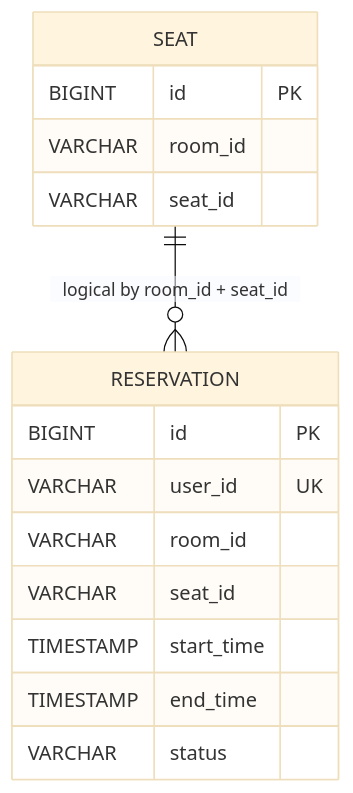
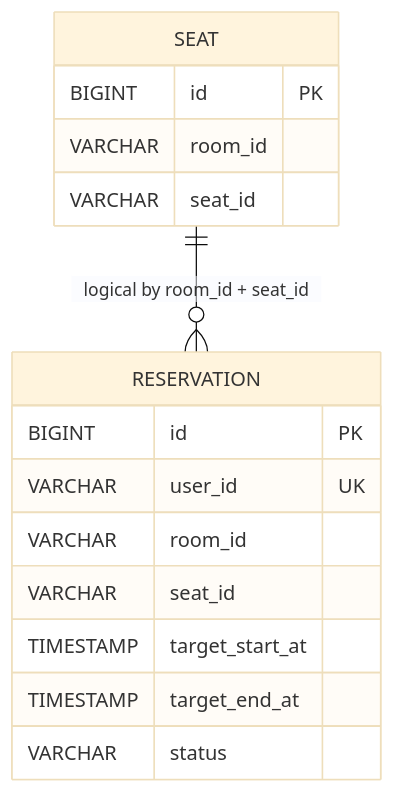
Before and after one commit to seat-liberator/SeatLiberator: the first of 3 diagrams in reservation/reservation-application/README.md, drawn with Mermaid (base theme). The commit also changed other lines of this file and 1 other file, not shown here.

````diff
--- a/reservation/reservation-application/README.md
+++ b/reservation/reservation-application/README.md
@@ -246,20 +276,20 @@
 ```mermaid
 erDiagram
     SEAT {
         BIGINT id PK
         VARCHAR room_id
         VARCHAR seat_id
     }
 
     RESERVATION {
         BIGINT id PK
         VARCHAR user_id UK
         VARCHAR room_id
         VARCHAR seat_id
-        TIMESTAMP start_time
-        TIMESTAMP end_time
+        TIMESTAMP target_start_at
+        TIMESTAMP target_end_at
         VARCHAR status
     }
 
     SEAT ||--o{ RESERVATION : "logical by room_id + seat_id"
 ```
````
